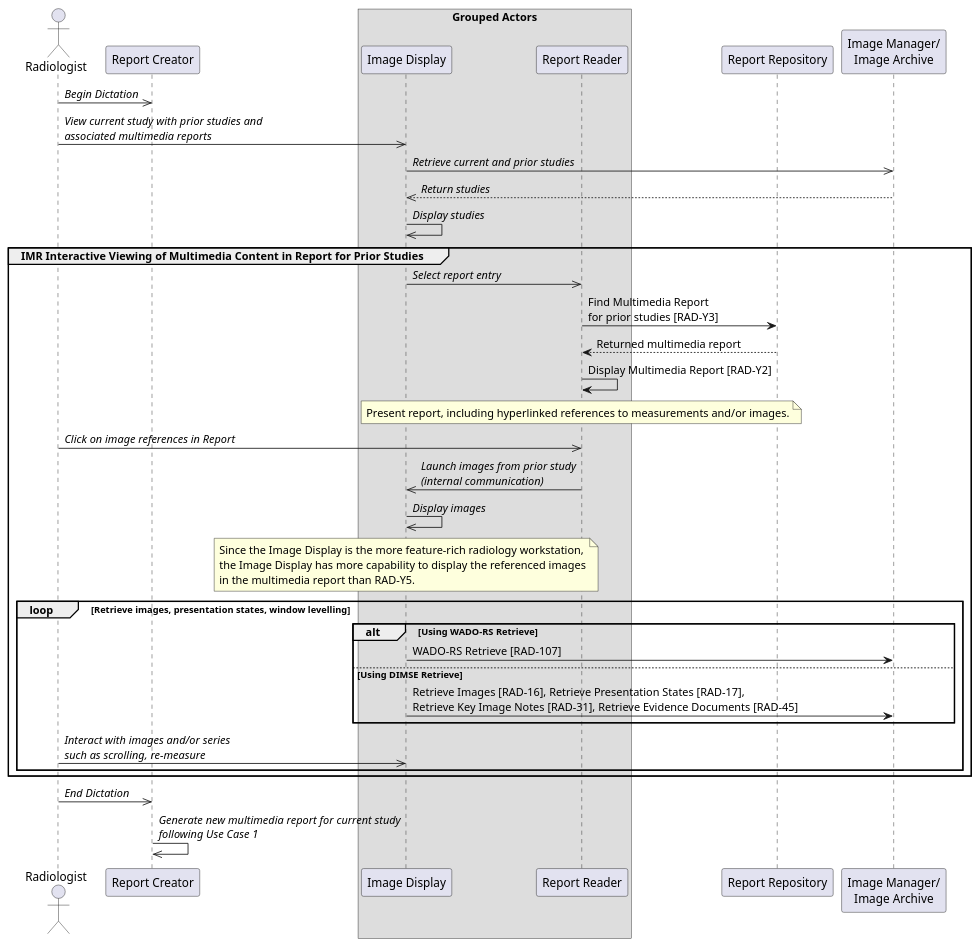
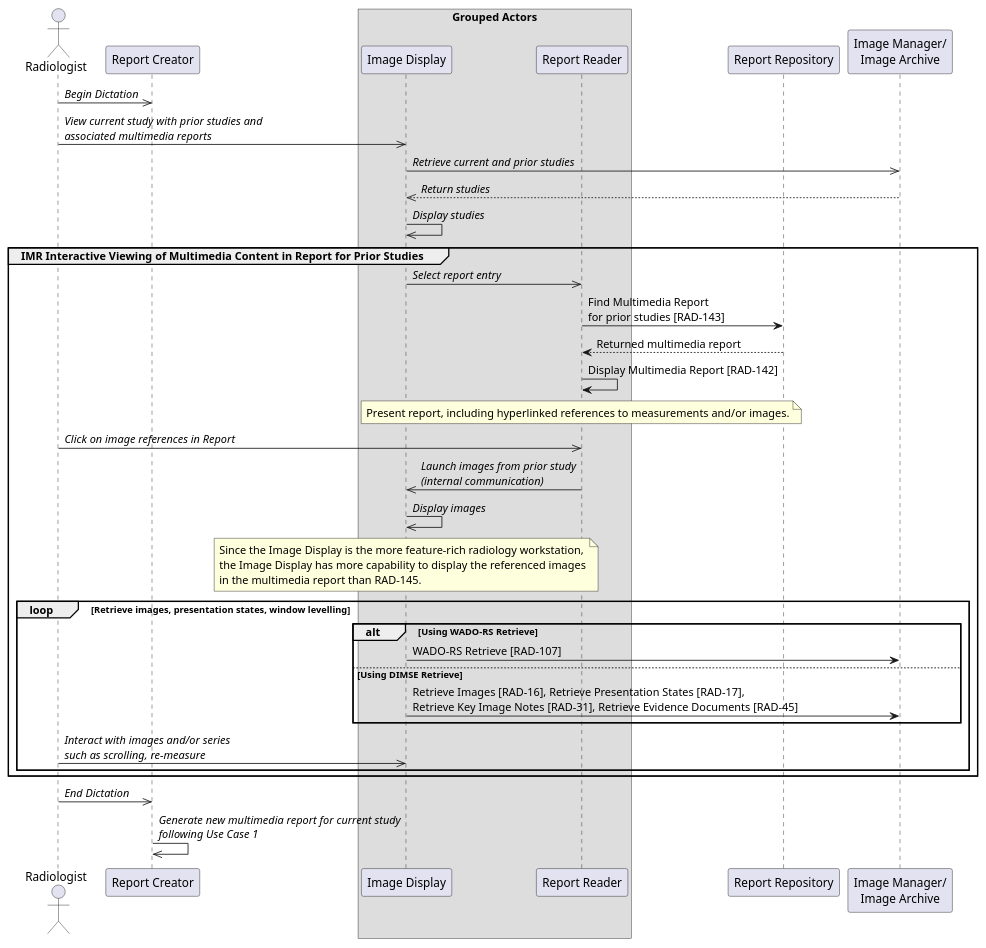
The diagram in input/images-source/uc5-presenting-interactive-report-PACS.plantuml (IHE/RAD.IMR), drawn with PlantUML before and after one commit. The commit also changed 21 other files, not shown here.

```diff
--- a/input/images-source/uc5-presenting-interactive-report-PACS.plantuml
+++ b/input/images-source/uc5-presenting-interactive-report-PACS.plantuml
@@ -1,56 +1,56 @@
 @startuml
 
 actor Radiologist as Radiologist
 
 participant "Report Creator" as RCreator
 
 box Grouped Actors
 participant "Image Display" as Display
 participant "Report Reader" as Reader
 end box
 
 participant "Report Repository" as Repo
 participant "Image Manager/\nImage Archive" as Archive
 
 Radiologist->>RCreator: //Begin Dictation//
 Radiologist->>Display: //View current study with prior studies and//\n//associated multimedia reports//
 Display->>Archive: //Retrieve current and prior studies//
 Archive-->>Display: //Return studies//
 Display->>Display: //Display studies//
 
 group IMR Interactive Viewing of Multimedia Content in Report for Prior Studies
 Display->>Reader: //Select report entry//
-Reader->Repo: Find Multimedia Report\nfor prior studies [RAD-Y3]
+Reader->Repo: Find Multimedia Report\nfor prior studies [RAD-143]
 Repo-->Reader: Returned multimedia report
-Reader->Reader: Display Multimedia Report [RAD-Y2]
+Reader->Reader: Display Multimedia Report [RAD-142]
 
 note over Reader
 Present report, including hyperlinked references to measurements and/or images.
 end note
 
 Radiologist->>Reader: //Click on image references in Report//
 Reader->>Display: //Launch images from prior study//\n//(internal communication)//
 Display->>Display: //Display images//
 note over Display
 Since the Image Display is the more feature-rich radiology workstation,
 the Image Display has more capability to display the referenced images
-in the multimedia report than RAD-Y5.
+in the multimedia report than RAD-145.
 end note
 
 loop Retrieve images, presentation states, window levelling
 alt Using WADO-RS Retrieve
 Display->Archive: WADO-RS Retrieve [RAD-107]
 else Using DIMSE Retrieve
 Display->Archive: Retrieve Images [RAD-16], Retrieve Presentation States [RAD-17],\nRetrieve Key Image Notes [RAD-31], Retrieve Evidence Documents [RAD-45]
 end
 
 Radiologist->>Display: //Interact with images and/or series//\n//such as scrolling, re-measure//
 end loop
 
 end
 
 Radiologist->>RCreator: //End Dictation//
 RCreator->>RCreator: //Generate new multimedia report for current study//\n//following Use Case 1//
 
 
 @enduml
```
